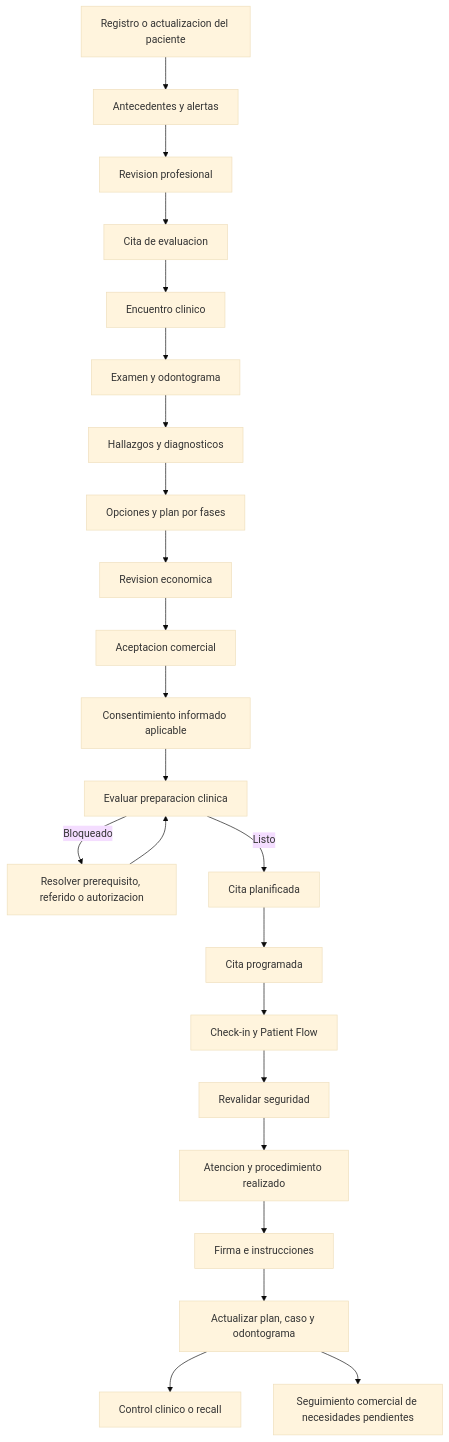
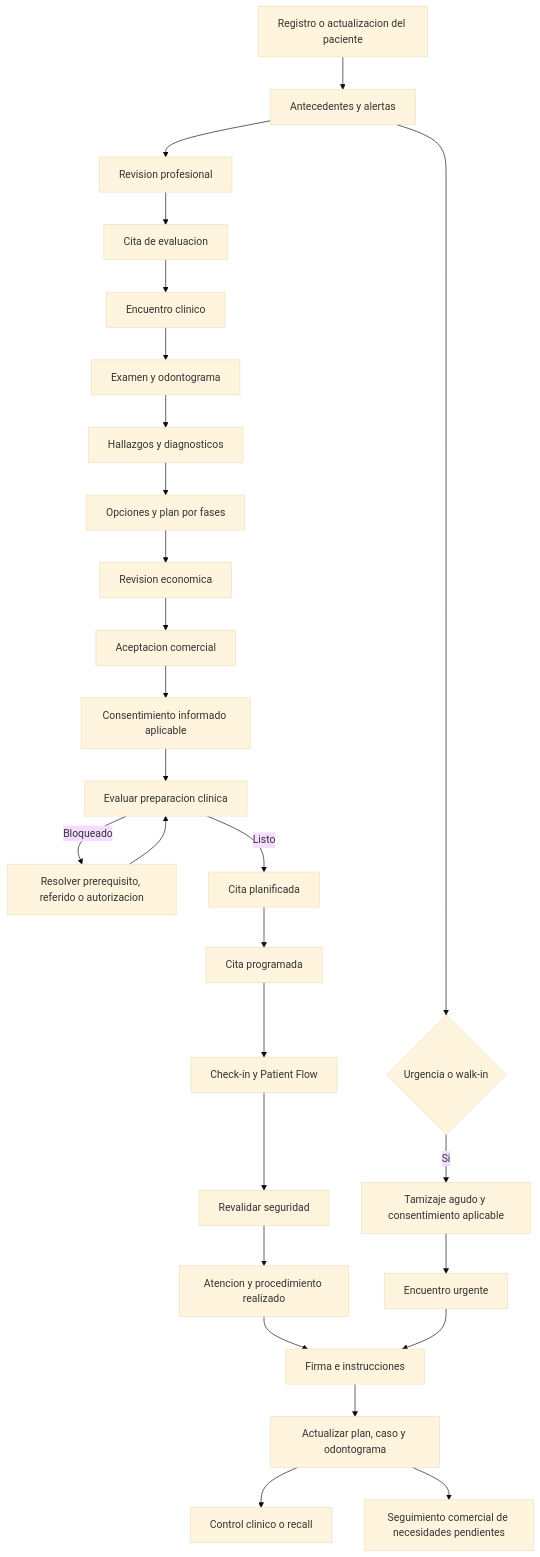
One commit to juanovni/dental-comissions changed the diagram in docs/CRM/treatment-plan-budget/07_VALIDACION_FLUJO_CLINICO.md. Above: the diagram before and after it, drawn with Mermaid (base theme). The commit also changed other lines of this file and 9 other files, not shown here.

````diff
--- a/docs/CRM/treatment-plan-budget/07_VALIDACION_FLUJO_CLINICO.md
+++ b/docs/CRM/treatment-plan-budget/07_VALIDACION_FLUJO_CLINICO.md
@@ -44,25 +49,29 @@
 ```mermaid
 flowchart TD
     A[Registro o actualizacion del paciente] --> B[Antecedentes y alertas]
     B --> C[Revision profesional]
     C --> D[Cita de evaluacion]
     D --> E[Encuentro clinico]
     E --> F[Examen y odontograma]
     F --> G[Hallazgos y diagnosticos]
     G --> H[Opciones y plan por fases]
     H --> I[Revision economica]
     I --> J[Aceptacion comercial]
     J --> K[Consentimiento informado aplicable]
     K --> L[Evaluar preparacion clinica]
     L -->|Bloqueado| M[Resolver prerequisito, referido o autorizacion]
     M --> L
     L -->|Listo| N[Cita planificada]
     N --> O[Cita programada]
     O --> P[Check-in y Patient Flow]
     P --> Q[Revalidar seguridad]
     Q --> R[Atencion y procedimiento realizado]
     R --> S[Firma e instrucciones]
     S --> T[Actualizar plan, caso y odontograma]
     T --> U[Control clinico o recall]
     T --> V[Seguimiento comercial de necesidades pendientes]
+    B --> W{Urgencia o walk-in}
+    W -->|Si| X[Tamizaje agudo y consentimiento aplicable]
+    X --> Y[Encuentro urgente]
+    Y --> S
 ```
````
